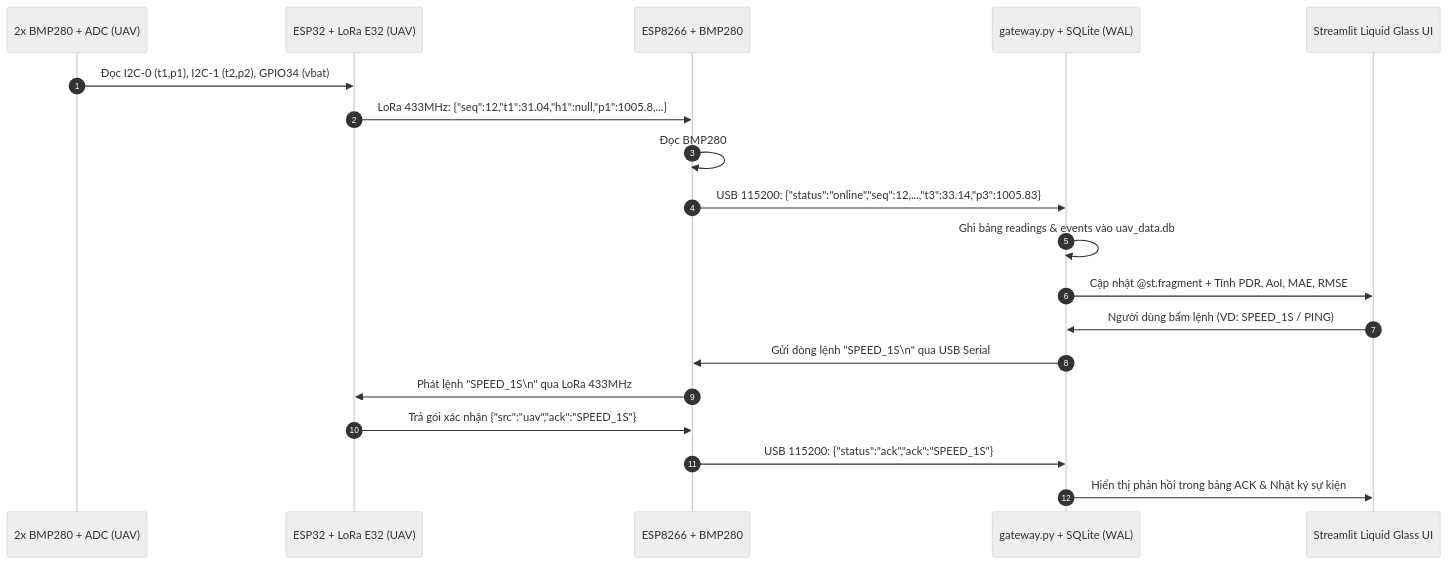
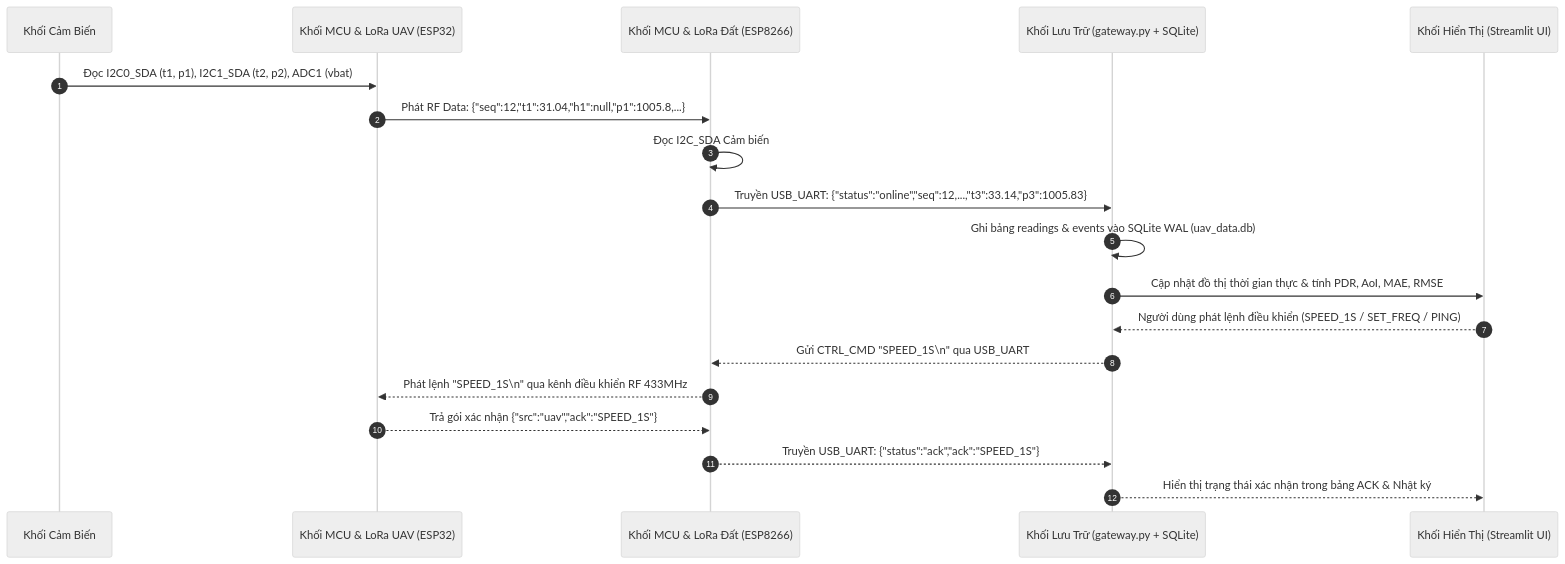
One commit to phllonq/26FA-IA2103-Group5-IOT102-FinalReport changed the third of 3 diagrams in Diagrams/README.md. Above: the diagram before and after it, drawn with Mermaid (neutral theme). The commit also changed other lines of this file, not shown here.

````diff
--- a/Diagrams/README.md
+++ b/Diagrams/README.md
@@ -86,22 +143,22 @@
 ```mermaid
 sequenceDiagram
     autonumber
-    participant S1 as 2x BMP280 + ADC (UAV)
-    participant E32 as ESP32 + LoRa E32 (UAV)
-    participant G82 as ESP8266 + BMP280 #3 (Ground)
-    participant PY as gateway.py + SQLite (WAL)
-    participant UI as Streamlit Liquid Glass UI
+    participant S1 as Khối Cảm Biến #1, #2 & Pin
+    participant E32 as Khối MCU & LoRa UAV (ESP32)
+    participant G82 as Khối MCU & LoRa Đất (ESP8266)
+    participant PY as Khối Lưu Trữ (gateway.py + SQLite)
+    participant UI as Khối Hiển Thị (Streamlit UI)
 
-    S1->>E32: Đọc I2C-0 (t1,p1), I2C-1 (t2,p2), GPIO34 (vbat)
-    E32->>G82: LoRa 433MHz: {"seq":12,"t1":31.04,"h1":null,"p1":1005.8,...}
-    G82->>G82: Đọc BMP280 #3 mặt đất (t3=33.14, p3=1005.83)
-    G82->>PY: USB 115200: {"status":"online","seq":12,...,"t3":33.14,"p3":1005.83}
-    PY->>PY: Ghi bảng readings & events vào uav_data.db
-    PY->>UI: Cập nhật @st.fragment + Tính PDR, AoI, MAE, RMSE
-    UI->>PY: Người dùng bấm lệnh (VD: SPEED_1S / PING)
-    PY->>G82: Gửi dòng lệnh "SPEED_1S\n" qua USB Serial
-    G82->>E32: Phát lệnh "SPEED_1S\n" qua LoRa 433MHz
-    E32->>G82: Trả gói xác nhận {"src":"uav","ack":"SPEED_1S"}
-    G82->>PY: USB 115200: {"status":"ack","ack":"SPEED_1S"}
-    PY->>UI: Hiển thị phản hồi trong bảng ACK & Nhật ký sự kiện
+    S1->>E32: Đọc I2C0_SDA (t1, p1), I2C1_SDA (t2, p2), ADC1 (vbat)
+    E32->>G82: Phát RF Data: {"seq":12,"t1":31.04,"h1":null,"p1":1005.8,...}
+    G82->>G82: Đọc I2C_SDA Cảm biến #3 mặt đất (t3=33.14, p3=1005.83)
+    G82->>PY: Truyền USB_UART: {"status":"online","seq":12,...,"t3":33.14,"p3":1005.83}
+    PY->>PY: Ghi bảng readings & events vào SQLite WAL (uav_data.db)
+    PY->>UI: Cập nhật đồ thị thời gian thực & tính PDR, AoI, MAE, RMSE
+    UI-->>PY: Người dùng phát lệnh điều khiển (SPEED_1S / SET_FREQ / PING)
+    PY-->>G82: Gửi CTRL_CMD "SPEED_1S\n" qua USB_UART
+    G82-->>E32: Phát lệnh "SPEED_1S\n" qua kênh điều khiển RF 433MHz
+    E32-->>G82: Trả gói xác nhận {"src":"uav","ack":"SPEED_1S"}
+    G82-->>PY: Truyền USB_UART: {"status":"ack","ack":"SPEED_1S"}
+    PY-->>UI: Hiển thị trạng thái xác nhận trong bảng ACK & Nhật ký
 ```
````
